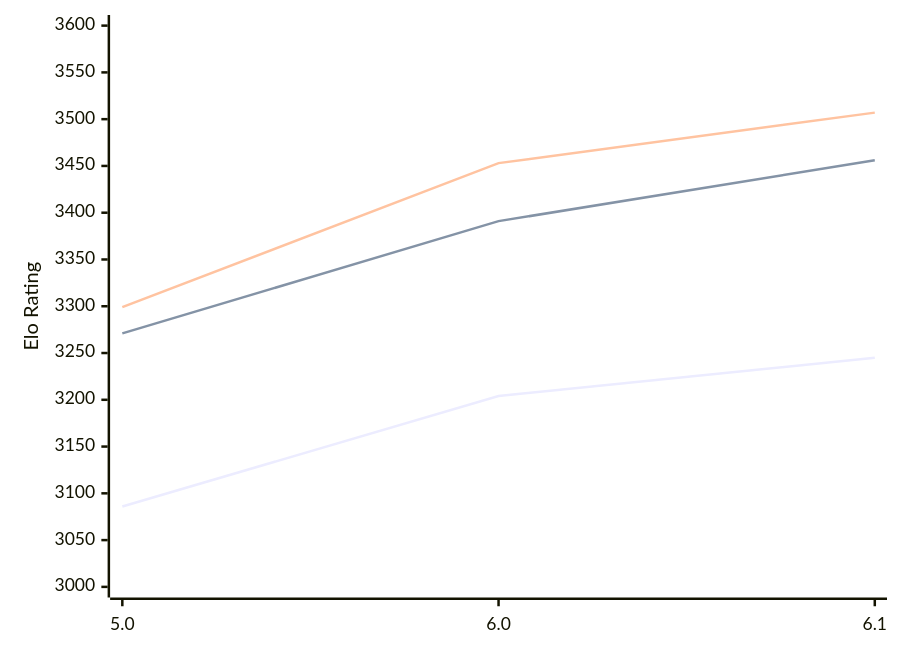
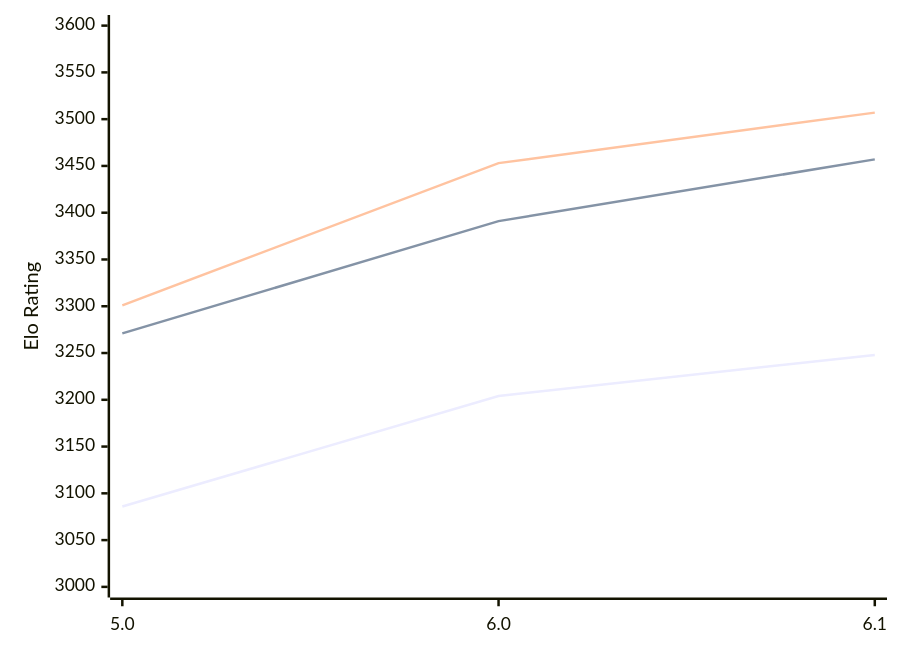
One commit to computer-chess-index/cci changed the diagram in engines/PZChessBot.md. Above: the diagram before and after it, drawn with Mermaid. The commit also changed other lines of this file, not shown here.

Commit message:
Update CCI Ratings (ELO VLTC) - 2026-02-12

````diff
--- a/engines/PZChessBot.md
+++ b/engines/PZChessBot.md
@@ -39,9 +39,9 @@
 ```mermaid
 %%{init: {"theme":"base","themeVariables":{"seriesColors:['#a3a3a3','#222221','#faa371']}}}%%
 xychart-beta
   x-axis ["5.0", "6.0", "6.1"]
   y-axis "Elo Rating" 3000 --> 3600
-  line "STC (8.0+0.08s)" [3086, 3204, 3245]
-  line "LTC (60.0+0.60s)" [3271, 3391, 3456]
-  line "VLTC (2m24s+1.12s)" [3299, 3453, 3507]
+  line "STC (8.0+0.08s)" [3086, 3204, 3248]
+  line "LTC (60.0+0.60s)" [3271, 3391, 3457]
+  line "VLTC (2m24s+1.12s)" [3301, 3453, 3507]
 ```
````
